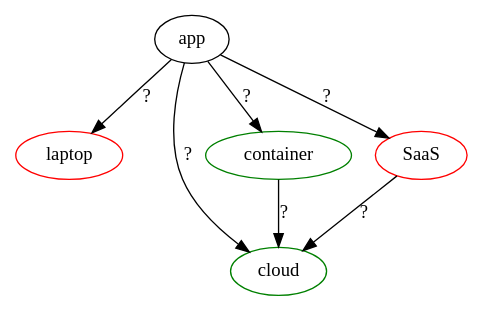
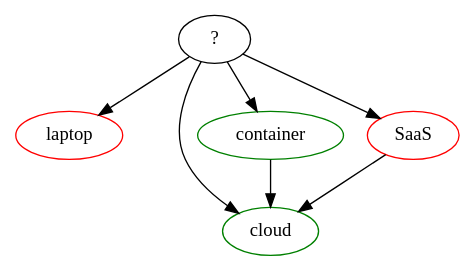
The fourth of 5 diagrams in slides.qmd (paulmaxus/dsc-seminar), drawn with Graphviz before and after one commit. The commit also changed other lines of this file and 2 other files, not shown here.

Commit message:
modified graphs, restructuring

````diff
--- a/slides.qmd
+++ b/slides.qmd
@@ -230,14 +278,15 @@
 ```{dot}
 digraph G {
-    app -> laptop [label="?"];
+    app [label="?"];
     laptop [color=red]; 
-    app -> cloud [label="?"];
+    app -> laptop;
+    app -> cloud;
     cloud [color=green];
-    app -> container [label="?"];
+    app -> container;
     container [color=green]
-    app -> SaaS [label="?"];
+    app -> SaaS;
     SaaS [color=red];
-    SaaS -> cloud [label="?"]; 
-    container -> cloud [label="?"];
+    SaaS -> cloud; 
+    container -> cloud;
 }
 ```
````
